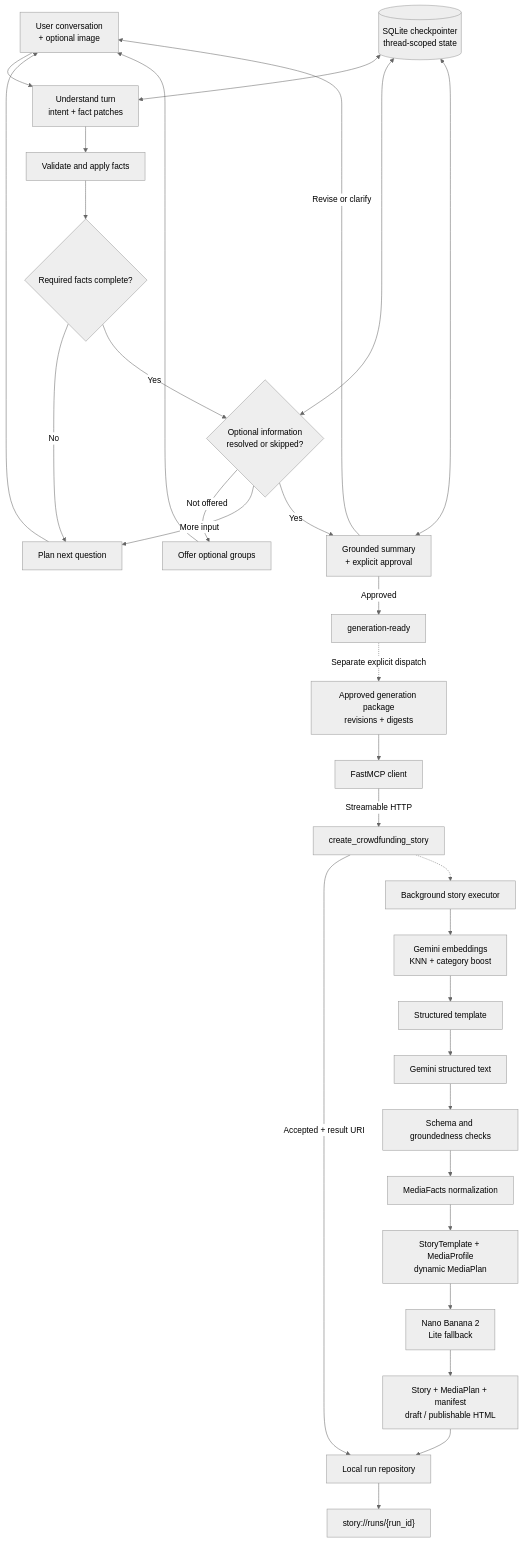
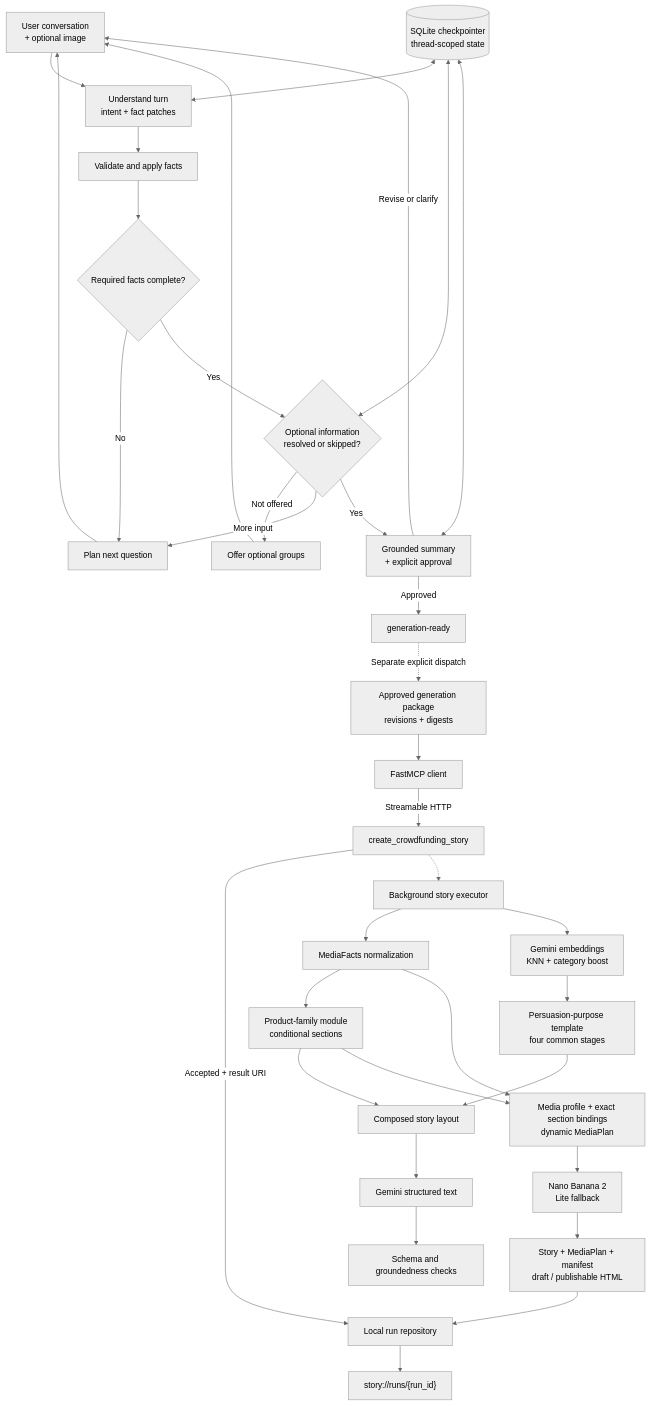
The diagram in README.md (KT-Cloud-Tech-Up-team6/funding-story-ai), drawn with Mermaid (neutral theme) before and after one commit. The commit also changed other lines of this file and 3 other files, not shown here.

Commit message:
Document the layered story architecture

````diff
--- a/README.md
+++ b/README.md
@@ -164,37 +164,41 @@
 ```mermaid
 flowchart TB
     U["User conversation<br/>+ optional image"] --> X["Understand turn<br/>intent + fact patches"]
     X --> F["Validate and apply facts"]
     F --> Q{"Required facts complete?"}
     Q -->|No| N["Plan next question"]
     N --> U
     Q -->|Yes| O{"Optional information<br/>resolved or skipped?"}
     O -->|Not offered| L["Offer optional groups"]
     O -->|More input| N
     L --> U
     O -->|Yes| A["Grounded summary<br/>+ explicit approval"]
     A -->|Revise or clarify| U
     A -->|Approved| R["generation-ready"]
 
     CP[("SQLite checkpointer<br/>thread-scoped state")]
     CP <--> X
     CP <--> O
     CP <--> A
 
     R -.->|"Separate explicit dispatch"| B["Approved generation package<br/>revisions + digests"]
     B --> MC["FastMCP client"]
     MC -->|"Streamable HTTP"| M["create_crowdfunding_story"]
     M -->|"Accepted + result URI"| S["Local run repository"]
     M -.-> E["Background story executor"]
 
+    E --> NF["MediaFacts normalization"]
     E --> K["Gemini embeddings<br/>KNN + category boost"]
-    K --> T["Structured template"]
-    T --> G["Gemini structured text"]
+    K --> PT["Persuasion-purpose template<br/>four common stages"]
+    NF --> CM["Product-family module<br/>conditional sections"]
+    PT --> CT["Composed story layout"]
+    CM --> CT
+    CT --> G["Gemini structured text"]
     G --> V["Schema and groundedness checks"]
-    V --> NF["MediaFacts normalization"]
-    NF --> MP["StoryTemplate + MediaProfile<br/>dynamic MediaPlan"]
+    CM --> MP["Media profile + exact section bindings<br/>dynamic MediaPlan"]
+    NF --> MP
     MP --> I["Nano Banana 2<br/>Lite fallback"]
     I --> H["Story + MediaPlan + manifest<br/>draft / publishable HTML"]
     H --> S
     S --> Z["story://runs/{run_id}"]
 ```
````
